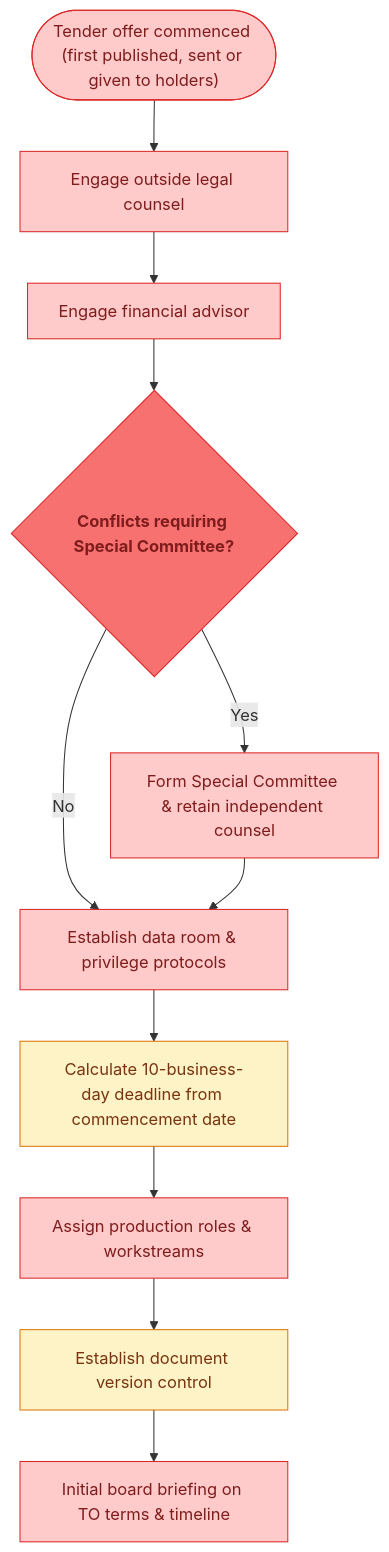
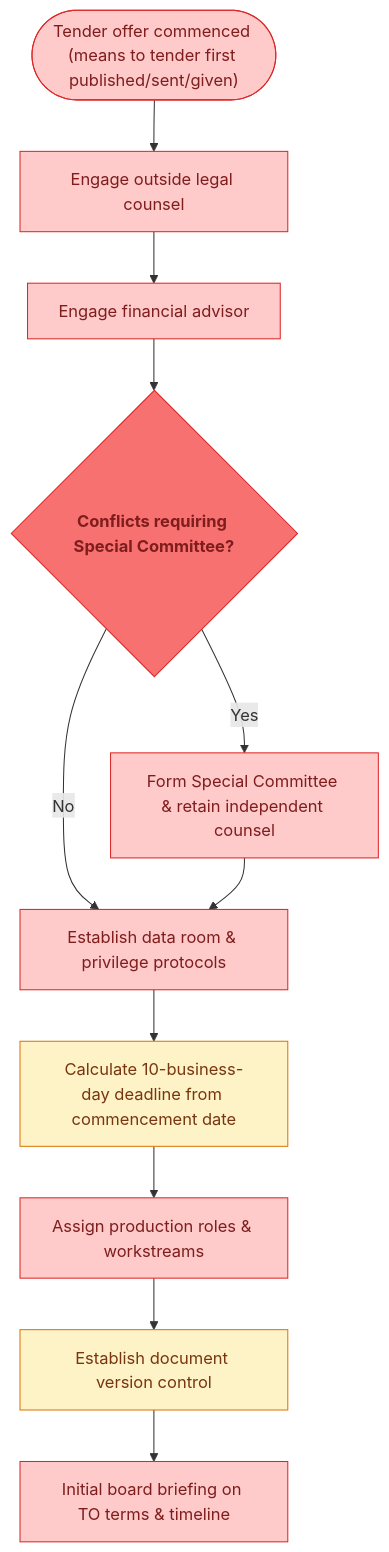
The first of 14 diagrams in README.md (mrchanpark/14D-9), drawn with Mermaid before and after one commit. The commit also changed other lines of this file and 2 other files, not shown here.

````diff
--- a/README.md
+++ b/README.md
@@ -52,16 +52,16 @@
 ```mermaid
 flowchart TD
-  A(["Tender offer commenced (first published, sent or given to holders)"]):::red --> B["Engage outside legal counsel"]:::red
+  A(["Tender offer commenced (means to tender first published/sent/given)"]):::red --> B["Engage outside legal counsel"]:::red
   B --> C["Engage financial advisor"]:::red
   C --> D{"Conflicts requiring Special Committee?"}:::redD
   D -- Yes --> E["Form Special Committee & retain independent counsel"]:::red
   D -- No --> F
   E --> F["Establish data room & privilege protocols"]:::red
   F --> G["Calculate 10-business-day deadline from commencement date"]:::yel
   G --> H["Assign production roles & workstreams"]:::red
   H --> I["Establish document version control"]:::yel
   I --> J["Initial board briefing on TO terms & timeline"]:::red
   classDef red fill:#fecaca,stroke:#dc2626,color:#7f1d1d
   classDef redD fill:#f87171,stroke:#dc2626,color:#7f1d1d,font-weight:700
   classDef yel fill:#fef3c7,stroke:#d97706,color:#78350f
 ```
````
